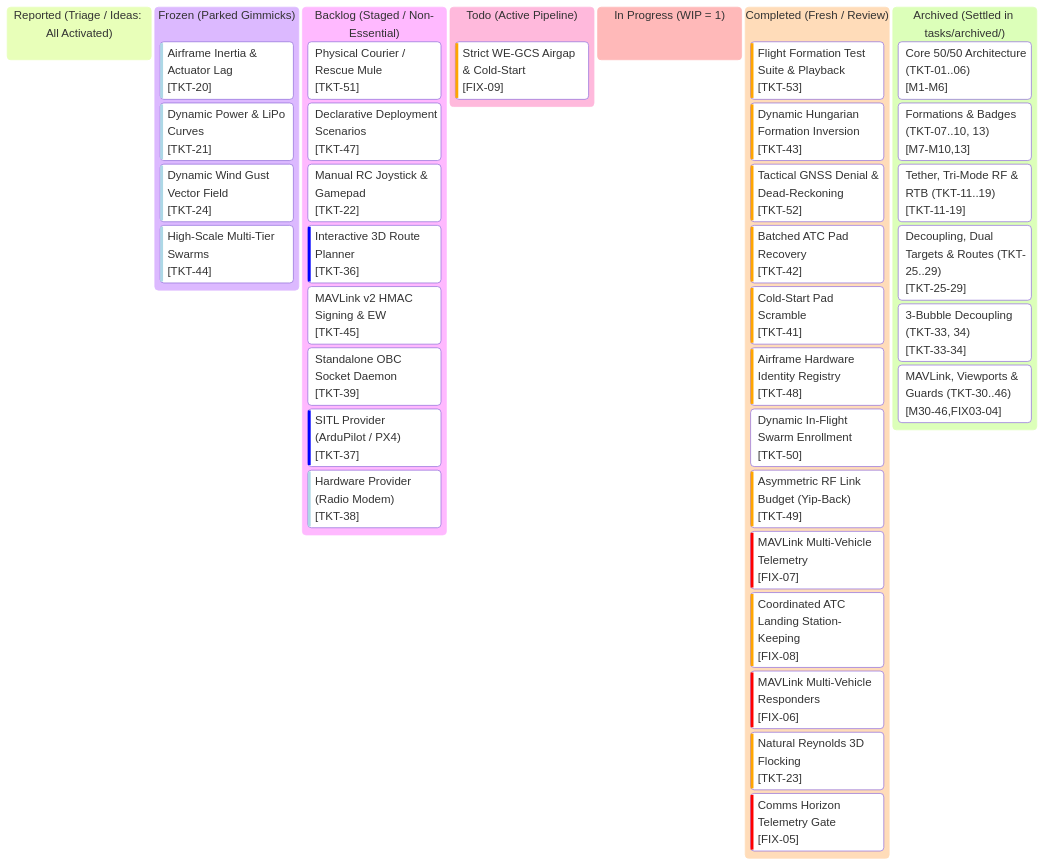
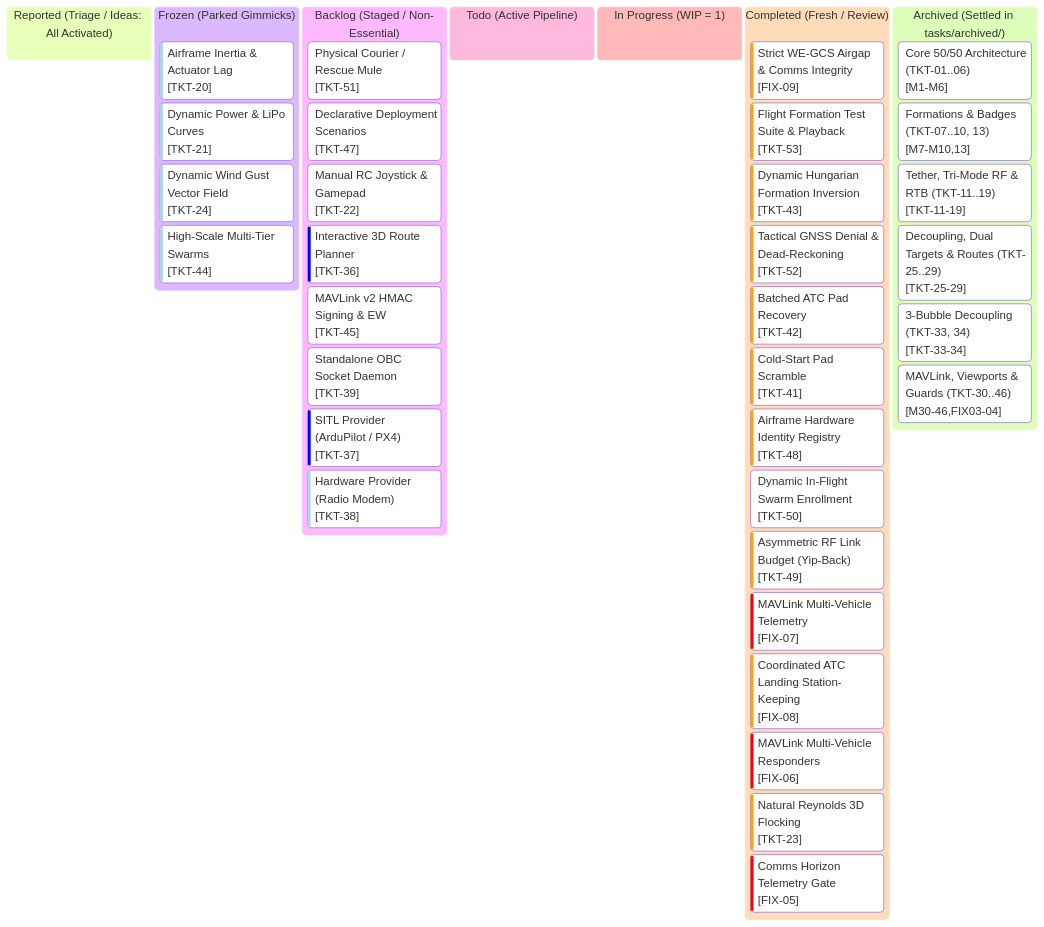
The diagram in kanban.md (AlitheiaDeus/AlitheiaHive), drawn with Mermaid before and after one commit. The commit also changed other lines of this file and 16 other files, not shown here.

First line of the commit message:
fix(airgap,sim,gcs): enforce WE-GCS airgap, physical pad collision & comms integrity [FIX-09]

````diff
--- a/kanban.md
+++ b/kanban.md
@@ -10,62 +10,62 @@
 ```mermaid
 %%{init: {
   'theme': 'base',
   'themeVariables': {
     'primaryColor': '#0d2235',
     'primaryTextColor': '#d4f4ff',
     'primaryBorderColor': '#00f0ff',
     'lineColor': '#00f0ff',
     'background': '#061019',
     'mainBkg': '#0a1926',
     'secondaryColor': '#081420',
     'secondaryTextColor': '#5a7e96',
     'secondaryBorderColor': '#134e6f',
     'tertiaryColor': '#0e263d',
     'tertiaryTextColor': '#00ffaa',
     'tertiaryBorderColor': '#00ffaa',
     'clusterBkg': '#081420',
     'clusterBorder': '#134e6f',
     'fontFamily': "'JetBrains Mono', 'Courier New', monospace"
   }
 }}%%
 kanban
   reported["Reported (Triage / Ideas: All Activated)"]
   frozen["Frozen (Parked Gimmicks)"]
     tkt20["Airframe Inertia & Actuator Lag"]@{ ticket: '[TKT-20]', priority: 'Very Low' }
     tkt21["Dynamic Power & LiPo Curves"]@{ ticket: '[TKT-21]', priority: 'Very Low' }
     tkt24["Dynamic Wind Gust Vector Field"]@{ ticket: '[TKT-24]', priority: 'Very Low' }
     tkt44["High-Scale Multi-Tier Swarms"]@{ ticket: '[TKT-44]', priority: 'Very Low' }
   backlog["Backlog (Staged / Non-Essential)"]
     tkt51["Physical Courier / Rescue Mule"]@{ ticket: '[TKT-51]', priority: 'Medium' }
     tkt47["Declarative Deployment Scenarios"]@{ ticket: '[TKT-47]', priority: 'Medium' }
     tkt22["Manual RC Joystick & Gamepad"]@{ ticket: '[TKT-22]', priority: 'Medium' }
     tkt36["Interactive 3D Route Planner"]@{ ticket: '[TKT-36]', priority: 'Low' }
     tkt45["MAVLink v2 HMAC Signing & EW"]@{ ticket: '[TKT-45]', priority: 'Medium' }
     tkt39["Standalone OBC Socket Daemon"]@{ ticket: '[TKT-39]', priority: 'Medium' }
     tkt37["SITL Provider (ArduPilot / PX4)"]@{ ticket: '[TKT-37]', priority: 'Low' }
     tkt38["Hardware Provider (Radio Modem)"]@{ ticket: '[TKT-38]', priority: 'Very Low' }
   todo["Todo (Active Pipeline)"]
-    fix09["Strict WE-GCS Airgap & Cold-Start"]@{ ticket: '[FIX-09]', priority: 'High' }
   in_progress["In Progress (WIP = 1)"]
   completed["Completed (Fresh / Review)"]
+    fix09["Strict WE-GCS Airgap & Comms Integrity"]@{ ticket: '[FIX-09]', priority: 'High' }
     tkt53["Flight Formation Test Suite & Playback"]@{ ticket: '[TKT-53]', priority: 'High' }
     tkt43["Dynamic Hungarian Formation Inversion"]@{ ticket: '[TKT-43]', priority: 'High' }
     tkt52["Tactical GNSS Denial & Dead-Reckoning"]@{ ticket: '[TKT-52]', priority: 'High' }
     tkt42["Batched ATC Pad Recovery"]@{ ticket: '[TKT-42]', priority: 'High' }
     tkt41["Cold-Start Pad Scramble"]@{ ticket: '[TKT-41]', priority: 'High' }
     tkt48["Airframe Hardware Identity Registry"]@{ ticket: '[TKT-48]', priority: 'High' }
     tkt50["Dynamic In-Flight Swarm Enrollment"]@{ ticket: '[TKT-50]', priority: 'Medium' }
     tkt49["Asymmetric RF Link Budget (Yip-Back)"]@{ ticket: '[TKT-49]', priority: 'High' }
     fix07["MAVLink Multi-Vehicle Telemetry"]@{ ticket: '[FIX-07]', priority: 'Very High' }
     fix08["Coordinated ATC Landing Station-Keeping"]@{ ticket: '[FIX-08]', priority: 'High' }
     fix06["MAVLink Multi-Vehicle Responders"]@{ ticket: '[FIX-06]', priority: 'Very High' }
     tkt23["Natural Reynolds 3D Flocking"]@{ ticket: '[TKT-23]', priority: 'High' }
     fix05["Comms Horizon Telemetry Gate"]@{ ticket: '[FIX-05]', priority: 'Very High' }
   archived["Archived (Settled in tasks/archived/)"]
     arch_m1_6["Core 50/50 Architecture (TKT-01..06)"]@{ ticket: '[M1-M6]' }
     arch_m7_10_13["Formations & Badges (TKT-07..10, 13)"]@{ ticket: '[M7-M10,13]' }
     arch_m11_19["Tether, Tri-Mode RF & RTB (TKT-11..19)"]@{ ticket: '[TKT-11-19]' }
     arch_m25_29["Decoupling, Dual Targets & Routes (TKT-25..29)"]@{ ticket: '[TKT-25-29]' }
     arch_m33_34["3-Bubble Decoupling (TKT-33, 34)"]@{ ticket: '[TKT-33-34]' }
     arch_m30_46["MAVLink, Viewports & Guards (TKT-30..46)"]@{ ticket: '[M30-46,FIX03-04]' }
 ```
````
